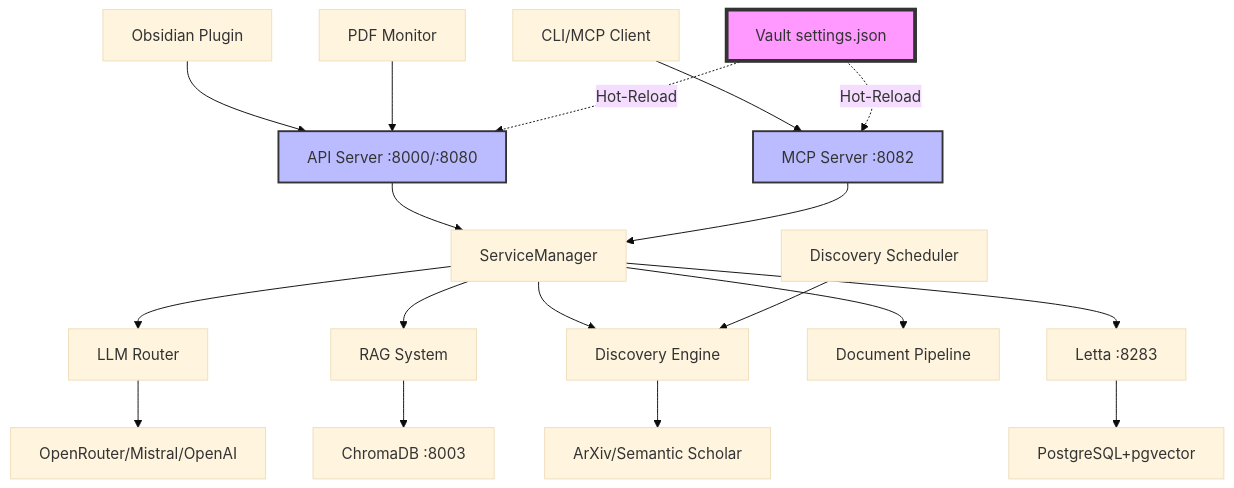
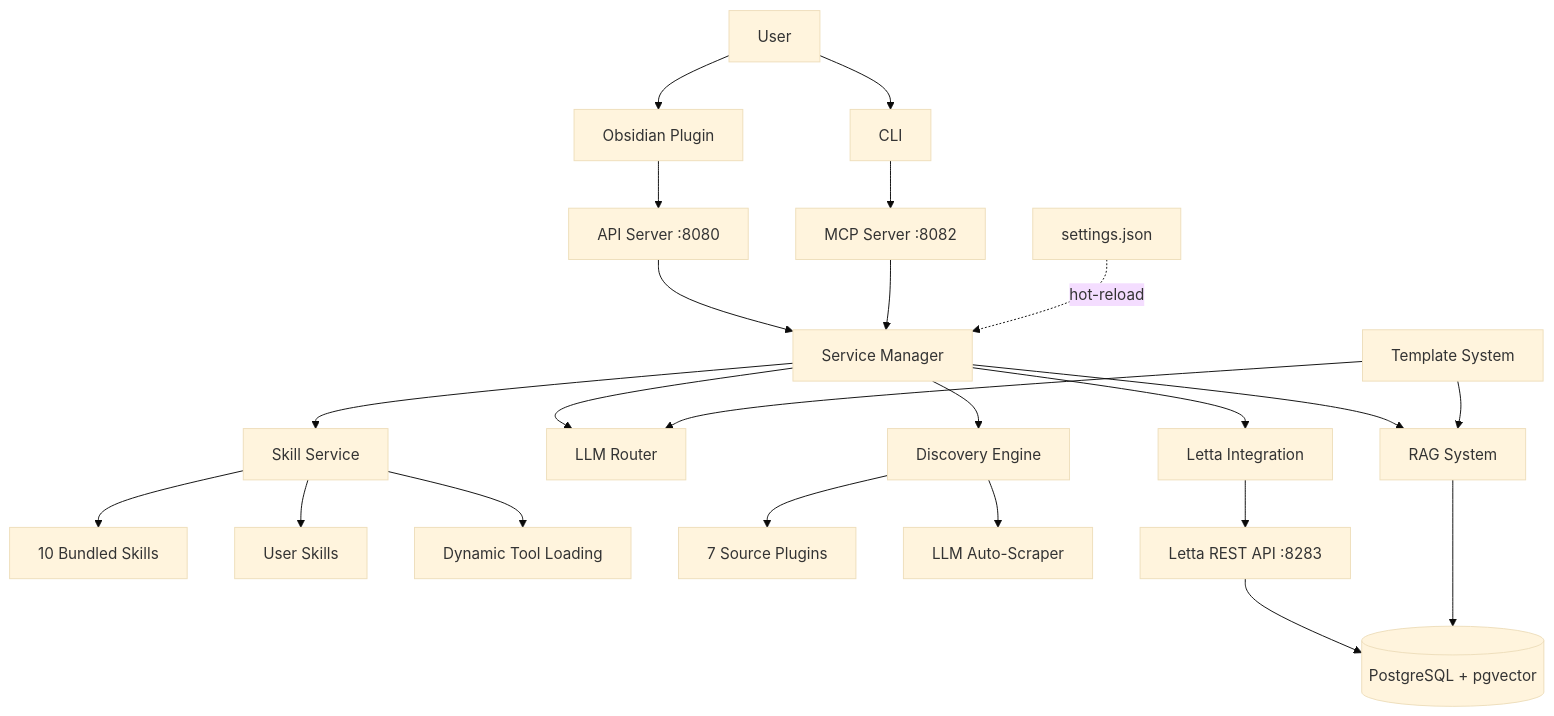
One commit to acertainKnight/project-thoth changed the diagram in README.md. Above: the diagram before and after it, drawn with Mermaid (base theme). The commit also changed other lines of this file and 42 other files, not shown here.

````diff
--- a/README.md
+++ b/README.md
@@ -351,30 +158,38 @@
 ```mermaid
 graph TD
-    A[Obsidian Plugin] --> B[API Server :8000/:8080]
-    C[CLI/MCP Client] --> D[MCP Server :8082]
+    User[User]
+    ObsidianPlugin[Obsidian Plugin]
+    CLI[CLI]
 
-    B --> E[ServiceManager]
-    D --> E
+    User --> ObsidianPlugin
+    User --> CLI
 
-    E --> F[LLM Router]
-    E --> G[RAG System]
-    E --> H[Discovery Engine]
-    E --> I[Document Pipeline]
+    ObsidianPlugin --> APIServer[API Server :8080]
+    CLI --> MCPServer[MCP Server :8082]
 
-    F --> J[OpenRouter/Mistral/OpenAI]
-    G --> K[ChromaDB :8003]
-    E --> L[Letta :8283]
-    H --> M[ArXiv/Semantic Scholar]
+    APIServer --> ServiceManager[Service Manager]
+    MCPServer --> ServiceManager
 
-    L --> N[PostgreSQL+pgvector]
+    ServiceManager --> SkillService[Skill Service]
+    ServiceManager --> LLMService[LLM Router]
+    ServiceManager --> RAGService[RAG System]
+    ServiceManager --> DiscoveryService[Discovery Engine]
+    ServiceManager --> LettaService[Letta Integration]
 
-    O[PDF Monitor] --> B
-    P[Discovery Scheduler] --> H
+    SkillService --> BundledSkills[10 Bundled Skills]
+    SkillService --> VaultSkills[User Skills]
+    SkillService --> DynamicTools[Dynamic Tool Loading]
 
-    Q[Vault settings.json] -.->|Hot-Reload| B
-    Q -.->|Hot-Reload| D
+    DiscoveryService --> Plugins[7 Source Plugins]
+    DiscoveryService --> AutoScraper[LLM Auto-Scraper]
 
-    style Q fill:#f9f,stroke:#333,stroke-width:4px
-    style B fill:#bbf,stroke:#333,stroke-width:2px
-    style D fill:#bbf,stroke:#333,stroke-width:2px
+    LettaService --> LettaAPI[Letta REST API :8283]
+    LettaAPI --> PostgresVector[(PostgreSQL + pgvector)]
+
+    RAGService --> PostgresVector
+
+    Templates[Template System] --> LLMService
+    Templates --> RAGService
+
+    SettingsJSON[settings.json] -.->|hot-reload| ServiceManager
 ```
````
